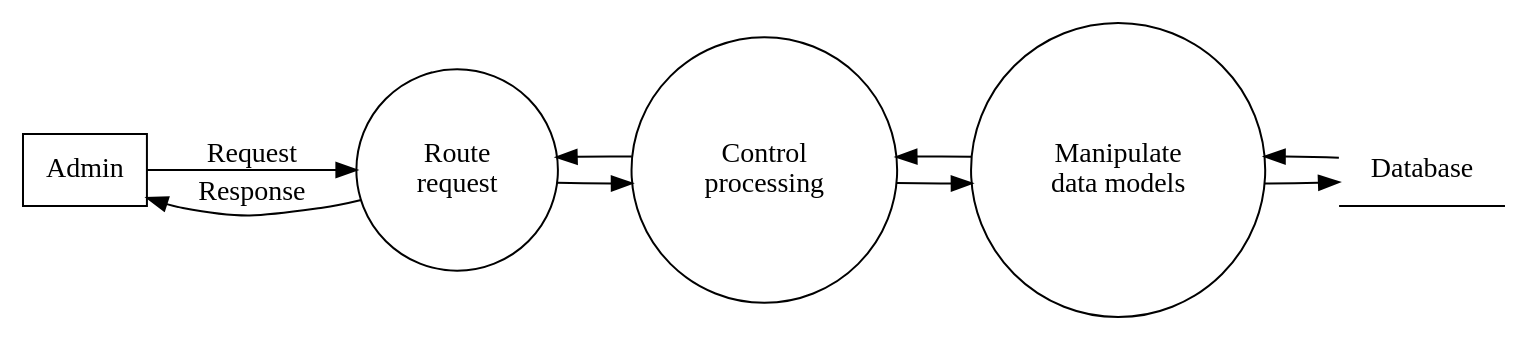
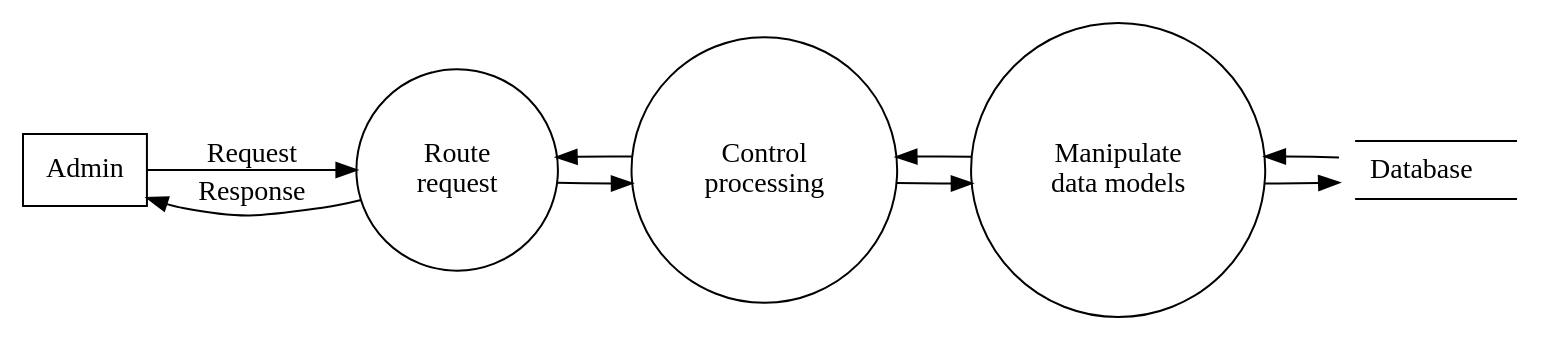
The diagram in design/data_flow_diagrams/level_1.dot (luke-hamann/stc-cis-248), drawn with Graphviz before and after one commit. The commit also changed 13 other files, not shown here.

```diff
--- a/design/data_flow_diagrams/level_1.dot
+++ b/design/data_flow_diagrams/level_1.dot
@@ -1,18 +1,24 @@
 digraph data_flow_diagram {
     rankdir = "LR"
     node [ shape = circle ]
     
     Admin [ shape = box ]
     
     Admin -> "Route\nrequest" [ label = "Request" ]
     "Route\nrequest" -> Admin [ label = "Response" ]
     "Route\nrequest" -> "Control\nprocessing"
     "Control\nprocessing" -> "Route\nrequest"
     "Control\nprocessing" -> "Manipulate\ndata models"
     "Manipulate\ndata models" -> "Control\nprocessing"
     "Manipulate\ndata models" -> "Database"
     
-    "Database" [ shape = underline ]
+    Database [
+        label = <
+            <TABLE BORDER="1" SIDES="TB" CELLBORDER="0" CELLPADDING="6" CELLSPACING="0">
+                <TR><TD>Database</TD></TR>
+            </TABLE>
+        >,
+        shape = none ]
     
-    "Database" -> "Manipulate\ndata models"
+    Database -> "Manipulate\ndata models"
 }
```
